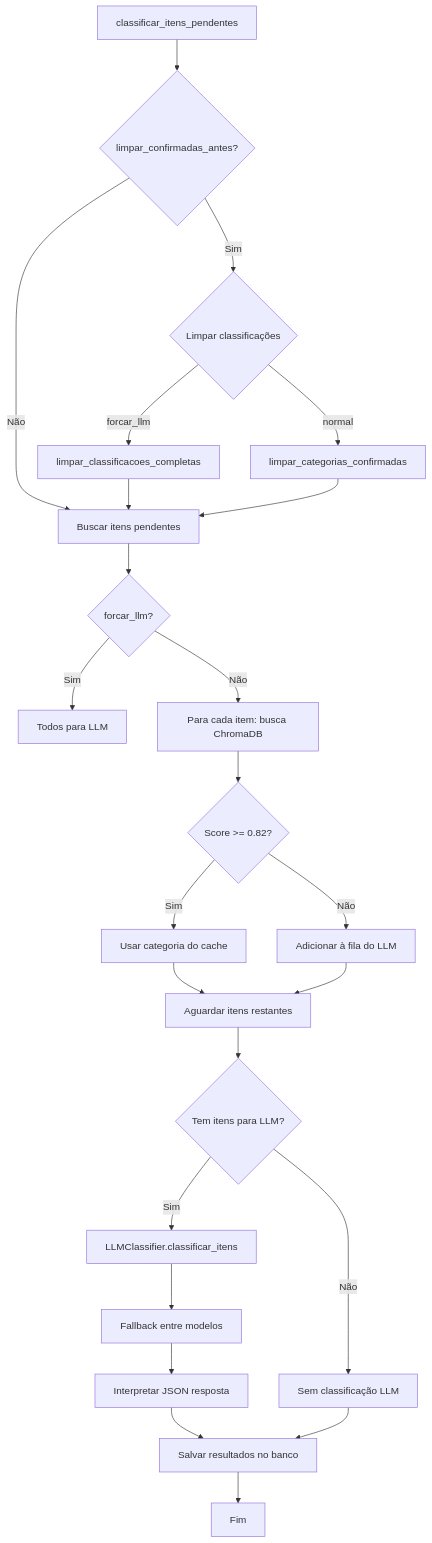
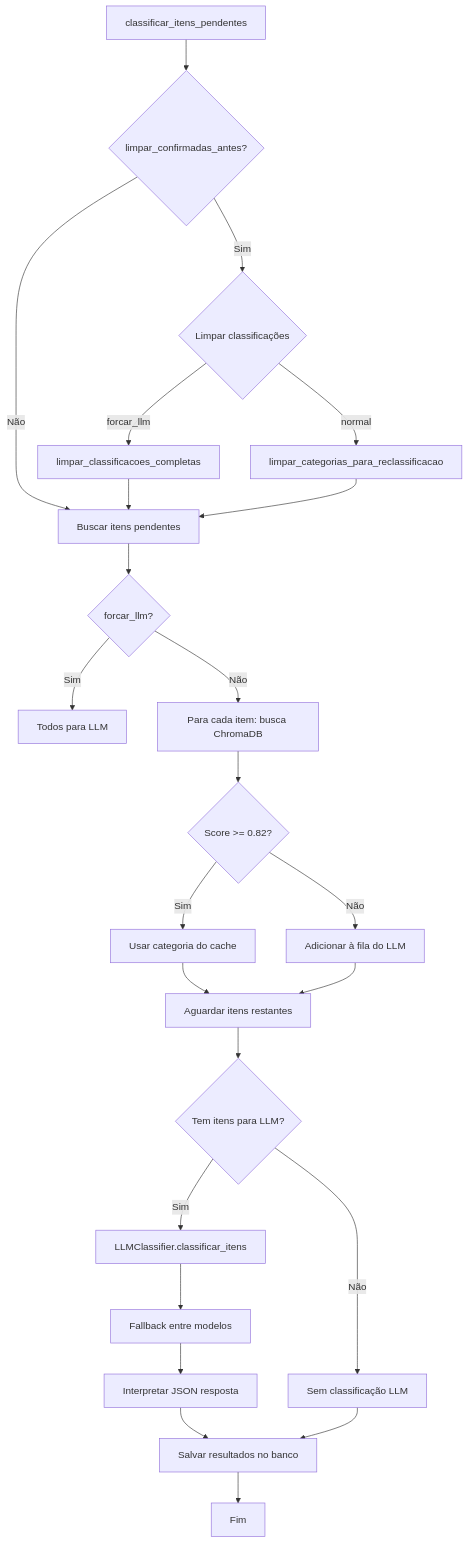
Before and after one commit to stribus/pygerengastos: the first of 3 diagrams in _reversa_sdd/flowcharts/classifiers.md, drawn with Mermaid. The commit also changed 5 other files, not shown here.

First line of the commit message:
refactor(database): renomear limpar_categorias_confirmadas e corrigir testes

````diff
--- a/_reversa_sdd/flowcharts/classifiers.md
+++ b/_reversa_sdd/flowcharts/classifiers.md
@@ -7,30 +7,30 @@
 ```mermaid
 flowchart TD
     A[classificar_itens_pendentes] --> B{limpar_confirmadas_antes?}
     B -->|Sim| C{Limpar classificações}
     C -->|forcar_llm| D[limpar_classificacoes_completas]
-    C -->|normal| E[limpar_categorias_confirmadas]
+    C -->|normal| E[limpar_categorias_para_reclassificacao]
     B -->|Não| F[Buscar itens pendentes]
     D --> F
     E --> F
 
     F --> G{forcar_llm?}
     G -->|Sim| H[Todos para LLM]
     G -->|Não| I[Para cada item: busca ChromaDB]
 
     I --> J{Score >= 0.82?}
     J -->|Sim| K[Usar categoria do cache]
     J -->|Não| L[Adicionar à fila do LLM]
 
     K --> M[Aguardar itens restantes]
     L --> M
     M --> N{Tem itens para LLM?}
     N -->|Sim| O[LLMClassifier.classificar_itens]
     O --> P[Fallback entre modelos]
     P --> Q[Interpretar JSON resposta]
     N -->|Não| R[Sem classificação LLM]
 
     Q --> S[Salvar resultados no banco]
     R --> S
     S --> T[Fim]
 ```
````
